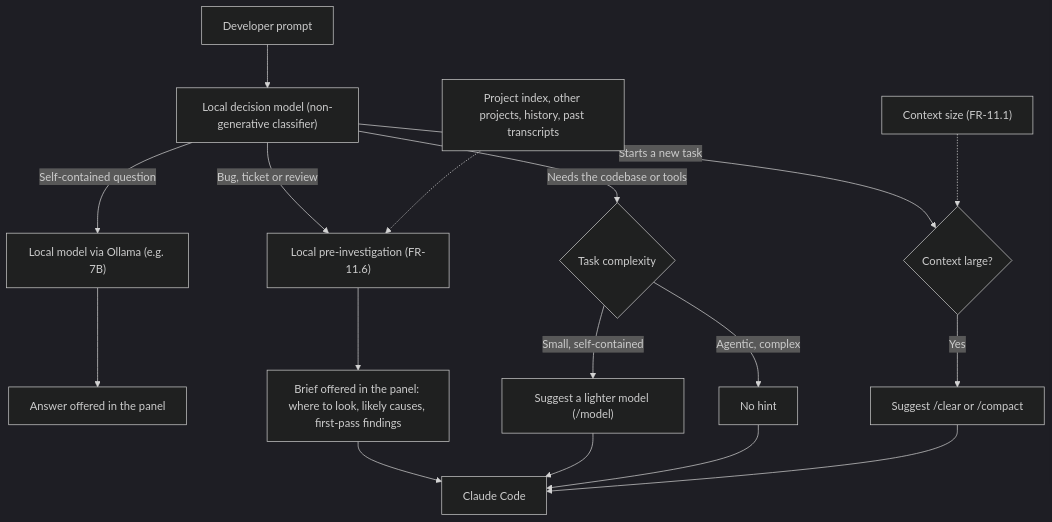
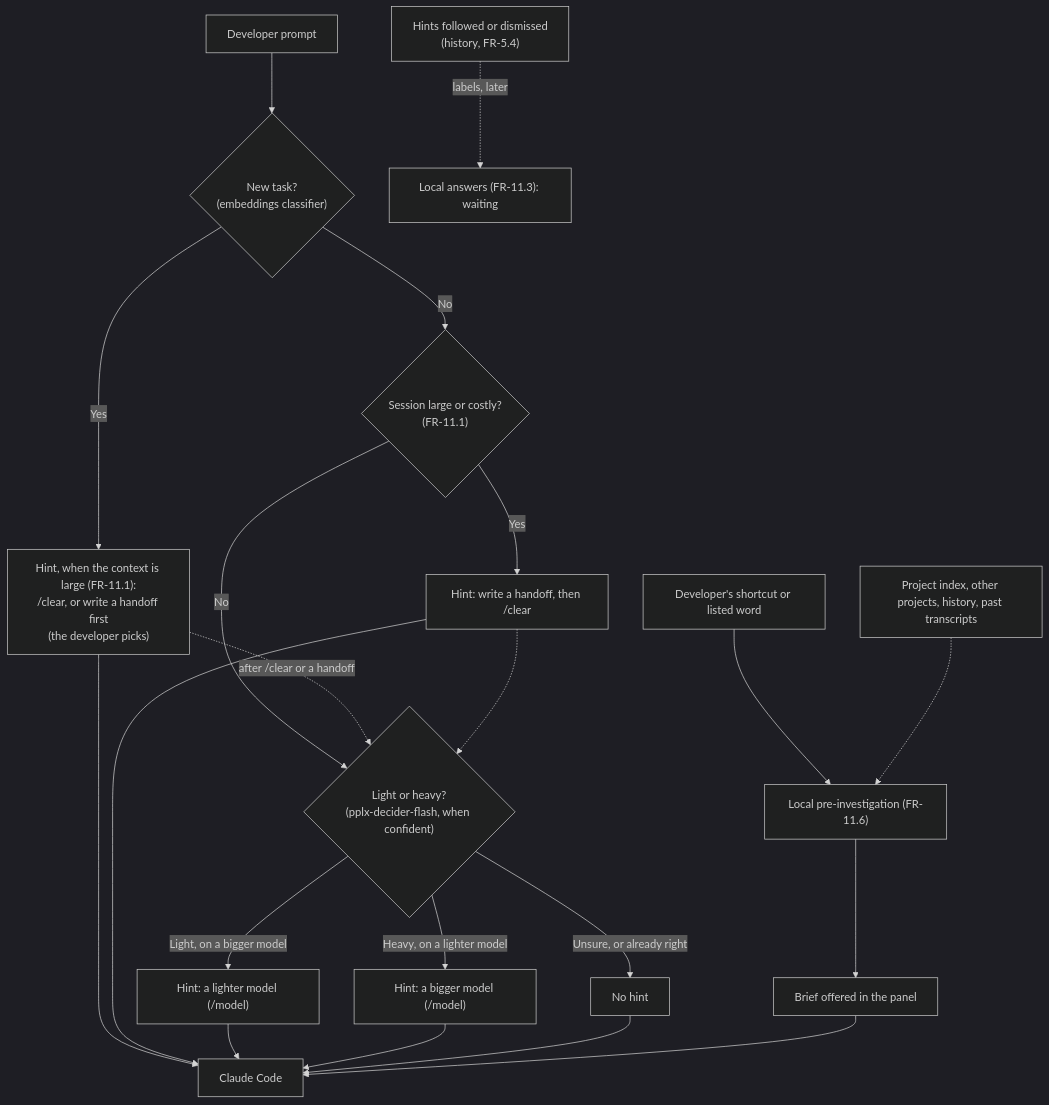
Before and after one commit to pmvieira93/prompt-engine-cli: the diagram in docs/PRD-APPENDIX-5.md, drawn with Mermaid (dark theme). The commit also changed other lines of this file, not shown here.

Commit message:
Fix the review of PR #41: one context hint, the flow, step 4
- A new task gets one hint offering /clear or a handoff, the developer
  picking: nothing can tell whether the last task is finished. A large
  session with no new task gets the handoff alone.
- The section 2 flow is redrawn as decided: the new-task hint, the
  handoff, the model hint after them, FR-11.6 from the developer's
  trigger, FR-11.3 waiting for labels.
- The roadmap says step 4's deciding half was done within step 3.
- Only the 4-bit tag measured is Mac-only.
- Section 2.1: the handoff file carries over to other CLIs.

````diff
--- a/docs/PRD-APPENDIX-5.md
+++ b/docs/PRD-APPENDIX-5.md
@@ -46,24 +46,26 @@
 ```mermaid
 flowchart TD
-    User["Developer prompt"] --> Router["Local decision model (non-generative classifier)"]
+    User["Developer prompt"] --> NewTask{"New task?<br/>(embeddings classifier)"}
+    NewTask -->|"Yes"| Choice["Hint, when the context is large (FR-11.1):<br/>/clear, or write a handoff first<br/>(the developer picks)"]
+    NewTask -->|"No"| Size{"Session large or costly?<br/>(FR-11.1)"}
+    Size -->|"Yes"| Handoff["Hint: write a handoff, then /clear"]
+    Size -->|"No"| Tier{"Light or heavy?<br/>(pplx-decider-flash, when confident)"}
+    Choice -.->|"after /clear or a handoff"| Tier
+    Handoff -.-> Tier
+    Tier -->|"Light, on a bigger model"| Lighter["Hint: a lighter model (/model)"]
+    Tier -->|"Heavy, on a lighter model"| Heavier["Hint: a bigger model (/model)"]
+    Tier -->|"Unsure, or already right"| NoHint["No hint"]
 
-    Router -->|"Self-contained question"| LocalAns["Local model via Ollama (e.g. 7B)"]
-    LocalAns --> PanelZero["Answer offered in the panel"]
+    Trigger["Developer's shortcut or listed word"] --> Investigate["Local pre-investigation (FR-11.6)"]
+    Sources["Project index, other projects, history, past transcripts"] -.-> Investigate
+    Investigate --> Brief["Brief offered in the panel"]
 
-    Router -->|"Bug, ticket or review"| Investigate["Local pre-investigation (FR-11.6)"]
-    Sources["Project index, other projects, history, past transcripts"] -.-> Investigate
-    Investigate --> Brief["Brief offered in the panel: where to look, likely causes, first-pass findings"]
+    Labels["Hints followed or dismissed<br/>(history, FR-5.4)"] -.->|"labels, later"| LocalAns["Local answers (FR-11.3): waiting"]
 
-    Router -->|"Needs the codebase or tools"| Complexity{"Task complexity"}
-    Complexity -->|"Small, self-contained"| HaikuPrompt["Suggest a lighter model (/model)"]
-    Complexity -->|"Agentic, complex"| NoHint["No hint"]
-
-    Router -->|"Starts a new task"| NewTask{"Context large?"}
-    Tracker["Context size (FR-11.1)"] -.-> NewTask
-    NewTask -->|"Yes"| ClearPrompt["Suggest /clear or /compact"]
-
-    Brief --> Claude["Claude Code"]
-    HaikuPrompt --> Claude
+    Choice --> Claude["Claude Code"]
+    Handoff --> Claude
+    Lighter --> Claude
+    Heavier --> Claude
     NoHint --> Claude
-    ClearPrompt --> Claude
+    Brief --> Claude
 ```
````
